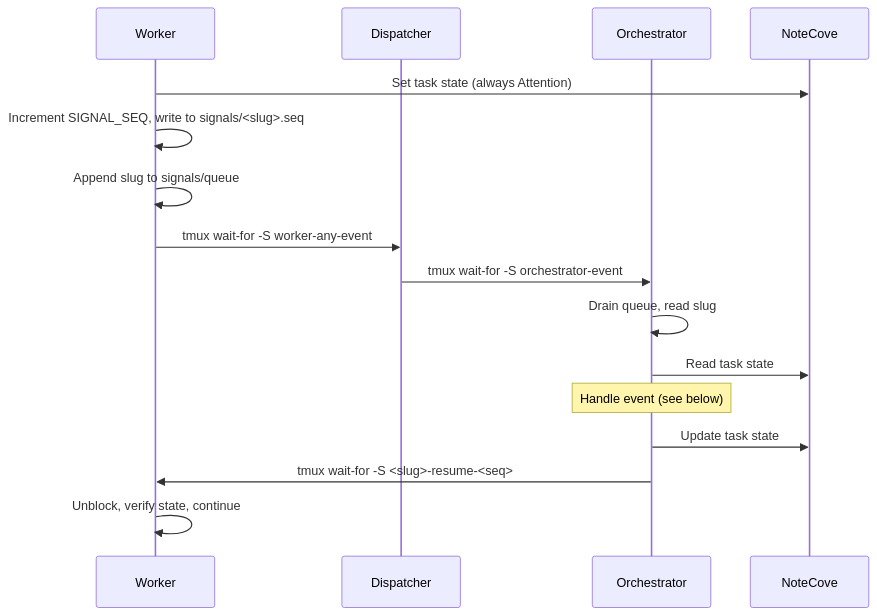
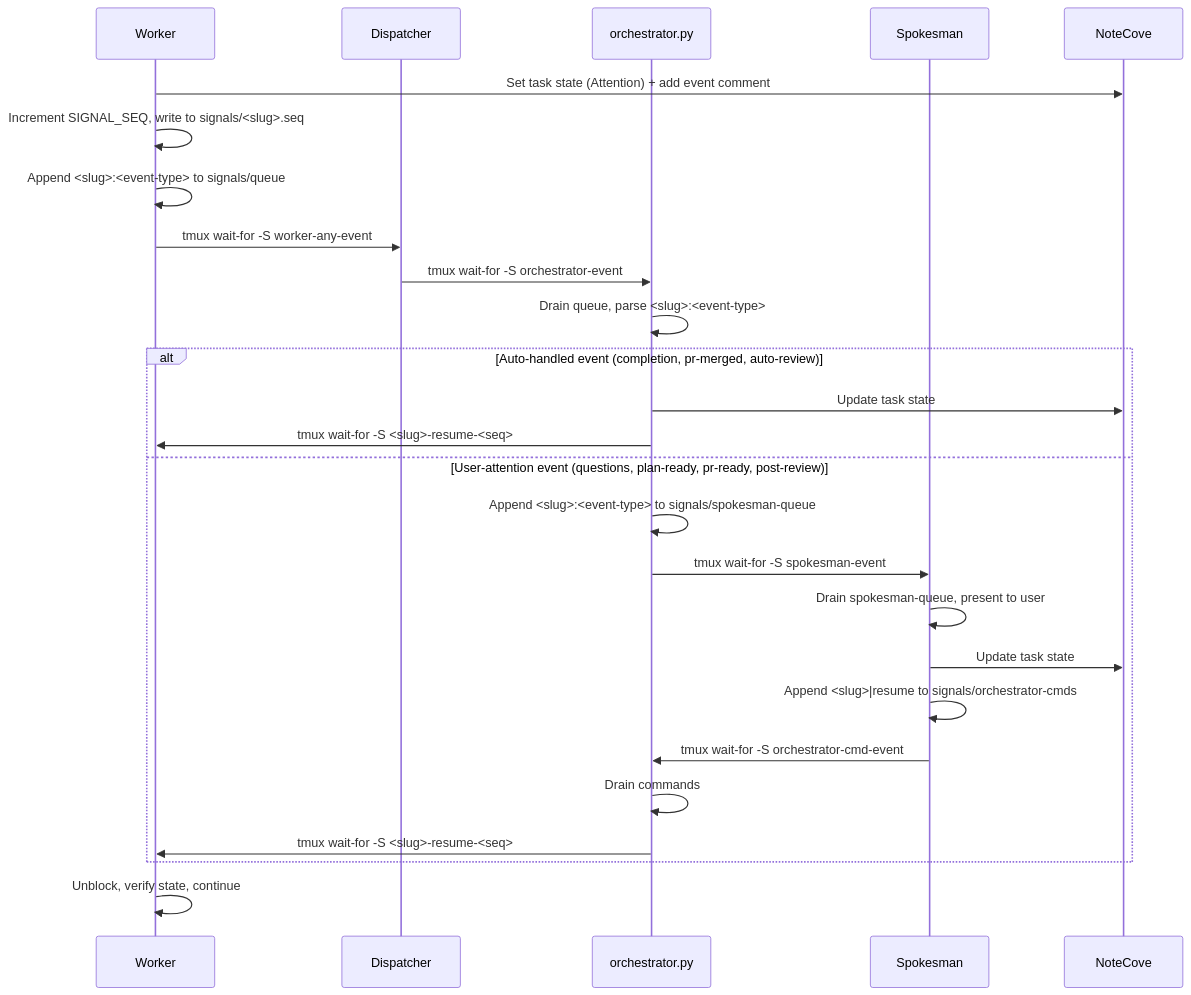
Before and after one commit to gara2000/agentmesh: the third of 13 diagrams in docs/agentic-workflow.md, drawn with Mermaid. The commit also changed other lines of this file and 13 other files, not shown here.

First line of the commit message:
feat(orchestrator): split orchestrator into Spokesman + orchestrator.py daemon [WORK-xs2]

````diff
--- a/docs/agentic-workflow.md
+++ b/docs/agentic-workflow.md
@@ -79,19 +84,31 @@
 ```mermaid
 sequenceDiagram
     participant W as Worker
     participant D as Dispatcher
-    participant O as Orchestrator
+    participant OP as orchestrator.py
+    participant SP as Spokesman
     participant NC as NoteCove
 
-    W->>NC: Set task state (always Attention)
+    W->>NC: Set task state (Attention) + add event comment
     W->>W: Increment SIGNAL_SEQ, write to signals/<slug>.seq
-    W->>W: Append slug to signals/queue
+    W->>W: Append <slug>:<event-type> to signals/queue
     W->>D: tmux wait-for -S worker-any-event
-    D->>O: tmux wait-for -S orchestrator-event
-    O->>O: Drain queue, read slug
-    O->>NC: Read task state
-    Note over O: Handle event (see below)
-    O->>NC: Update task state
-    O->>W: tmux wait-for -S <slug>-resume-<seq>
+    D->>OP: tmux wait-for -S orchestrator-event
+    OP->>OP: Drain queue, parse <slug>:<event-type>
+
+    alt Auto-handled event (completion, pr-merged, auto-review)
+        OP->>NC: Update task state
+        OP->>W: tmux wait-for -S <slug>-resume-<seq>
+    else User-attention event (questions, plan-ready, pr-ready, post-review)
+        OP->>OP: Append <slug>:<event-type> to signals/spokesman-queue
+        OP->>SP: tmux wait-for -S spokesman-event
+        SP->>SP: Drain spokesman-queue, present to user
+        SP->>NC: Update task state
+        SP->>SP: Append <slug>|resume to signals/orchestrator-cmds
+        SP->>OP: tmux wait-for -S orchestrator-cmd-event
+        OP->>OP: Drain commands
+        OP->>W: tmux wait-for -S <slug>-resume-<seq>
+    end
+
     W->>W: Unblock, verify state, continue
 ```
````
